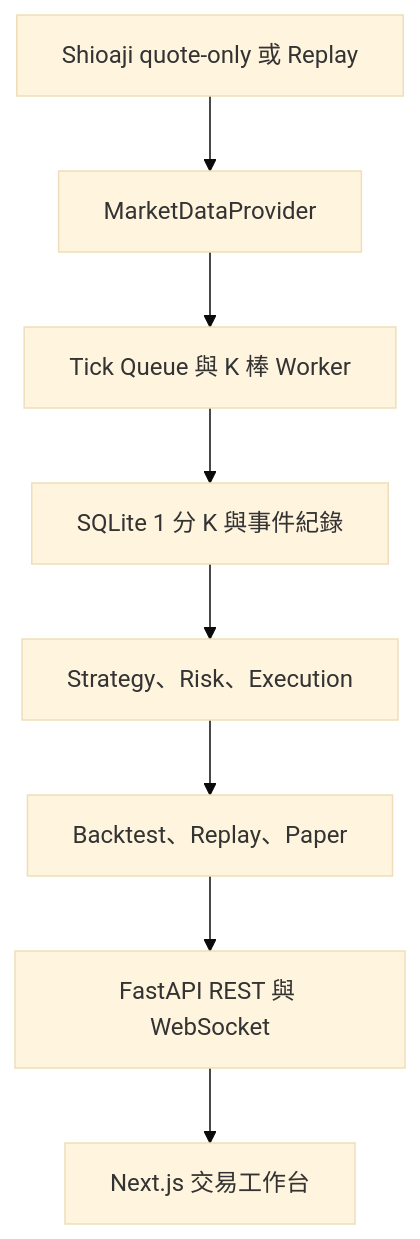
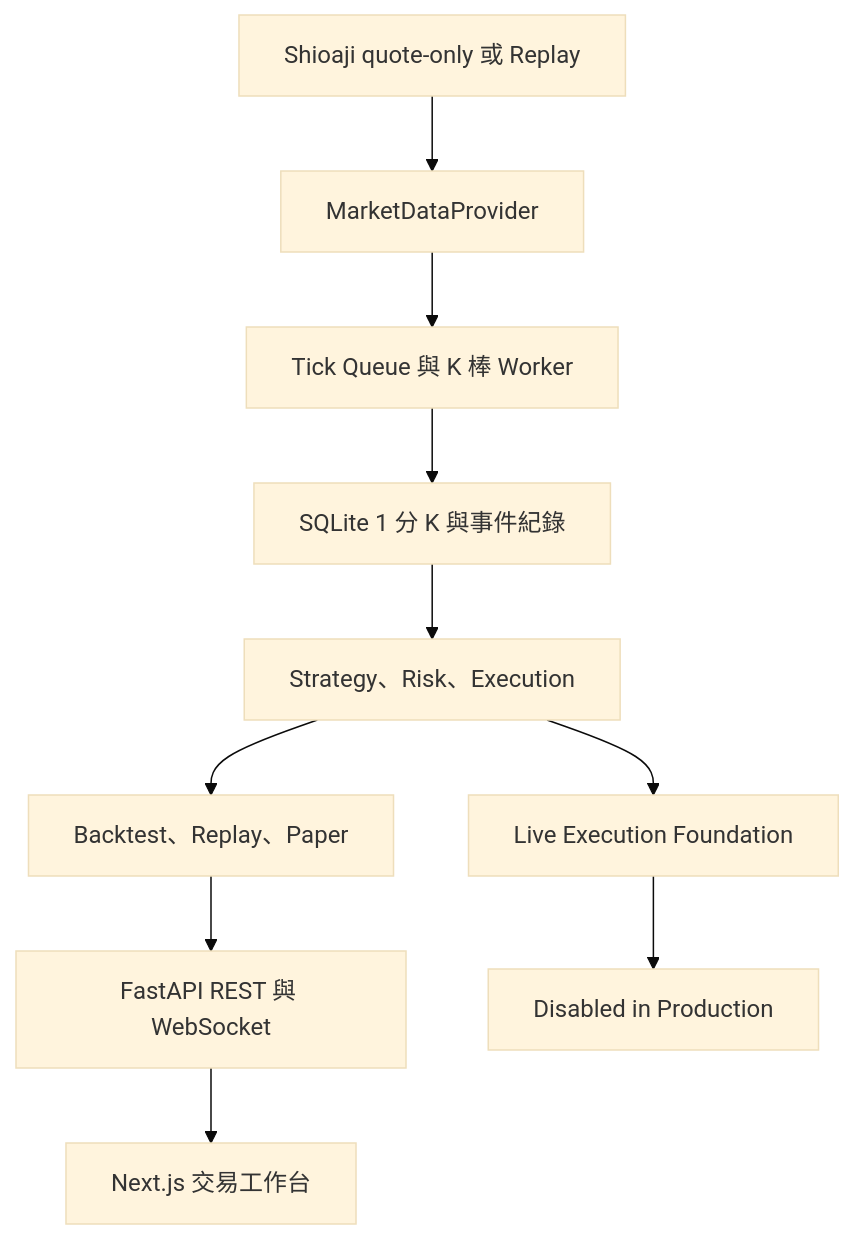
The first of 2 diagrams in README.md (3pwei/codex-tw-quant-trading-system), drawn with Mermaid (base theme) before and after one commit. The commit also changed other lines of this file and 1 other file, not shown here.

````diff
--- a/README.md
+++ b/README.md
@@ -28,10 +28,12 @@
 ```mermaid
 flowchart TD
     A["Shioaji quote-only 或 Replay"] --> B["MarketDataProvider"]
     B --> C["Tick Queue 與 K 棒 Worker"]
     C --> D["SQLite 1 分 K 與事件紀錄"]
     D --> E["Strategy、Risk、Execution"]
     E --> F["Backtest、Replay、Paper"]
     F --> G["FastAPI REST 與 WebSocket"]
     G --> H["Next.js 交易工作台"]
+    E --> I["Live Execution Foundation"]
+    I --> J["Disabled in Production"]
 ```
````
